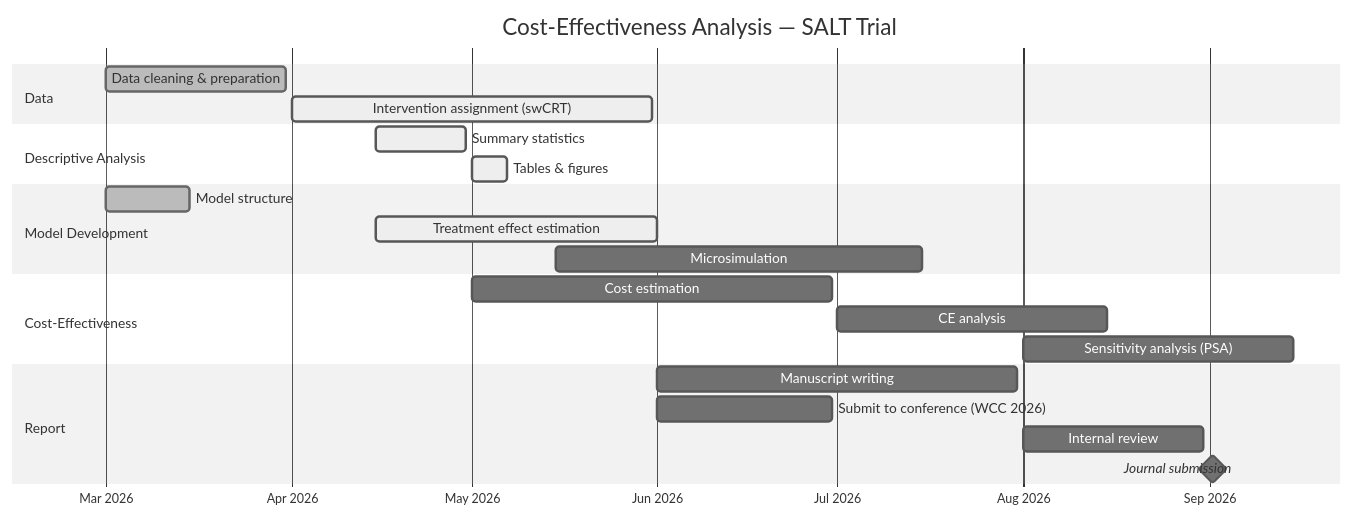
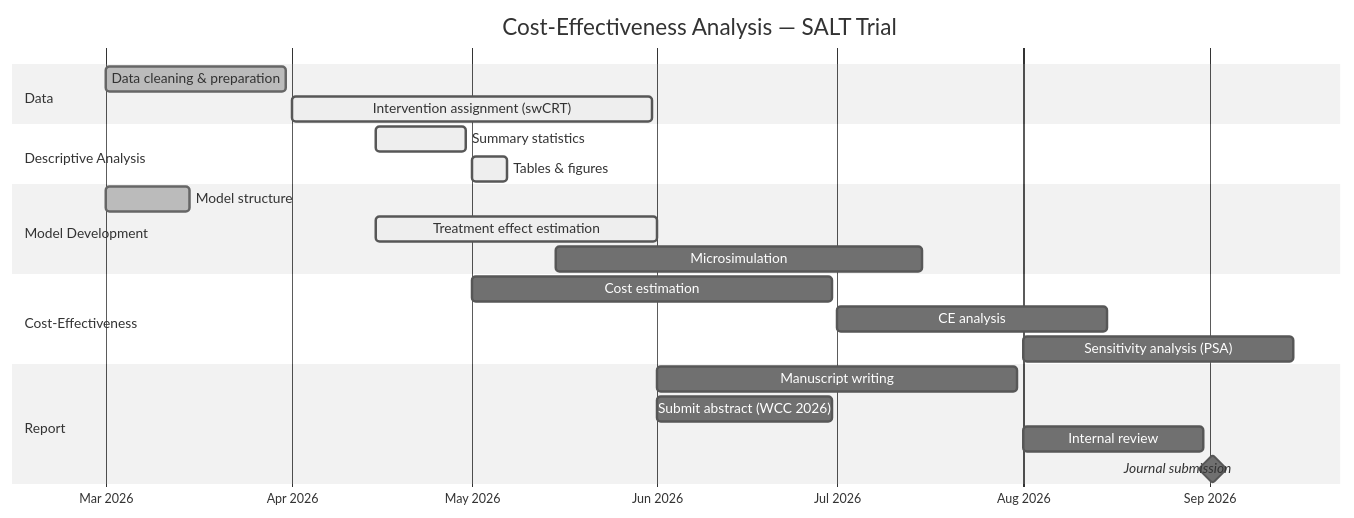
The diagram in README.md (ddelcastillof/microsimulation_SALT), drawn with Mermaid (neutral theme) before and after one commit.

Commit message:
fix: overflow on label

````diff
--- a/README.md
+++ b/README.md
@@ -11,30 +11,30 @@
 ```mermaid
 gantt
     title Cost-Effectiveness Analysis — SALT Trial
     dateFormat  DD-MM-YYYY
     axisFormat  %b %Y
 
     section Data
     Data cleaning & preparation      :done,   data1, 01-03-2026, 31-03-2026
     Intervention assignment (swCRT)  :active, data2, 01-04-2026, 31-05-2026
 
     section Descriptive Analysis
     Summary statistics               :active, desc1, 15-04-2026, 30-04-2026
     Tables & figures                 :active, desc2, 01-05-2026, 07-05-2026
 
     section Model Development
     Model structure                  :done,   mod1, 01-03-2026, 15-03-2026
     Treatment effect estimation      :active, mod2, 15-04-2026, 01-06-2026
     Microsimulation                  :        mod3, 15-05-2026, 15-07-2026
 
     section Cost-Effectiveness
     Cost estimation                  :        ce1, 01-05-2026, 30-06-2026
     CE analysis                      :        ce2, 01-07-2026, 15-08-2026
     Sensitivity analysis (PSA)       :        ce3, 01-08-2026, 15-09-2026
 
     section Report
     Manuscript writing               :        rep1, 01-06-2026, 31-07-2026
-    Submit to conference (WCC 2026)  :        rep2, 01-06-2026, 30-06-2026
+    Submit abstract (WCC 2026)  :             rep2, 01-06-2026, 30-06-2026
     Internal review                  :        rep3, 01-08-2026, 31-08-2026
     Journal submission               :milestone, 01-09-2026, 1d
 ```
````
